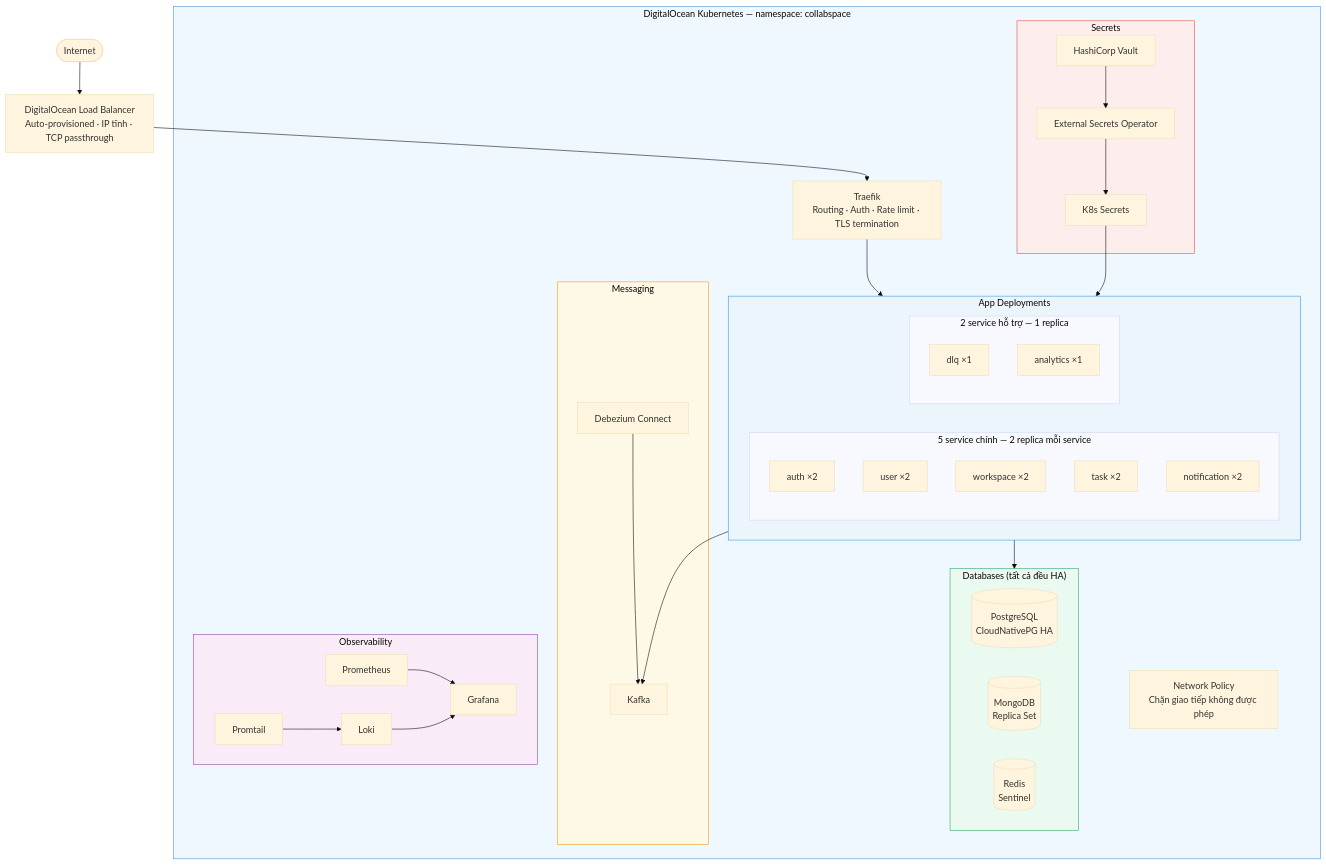
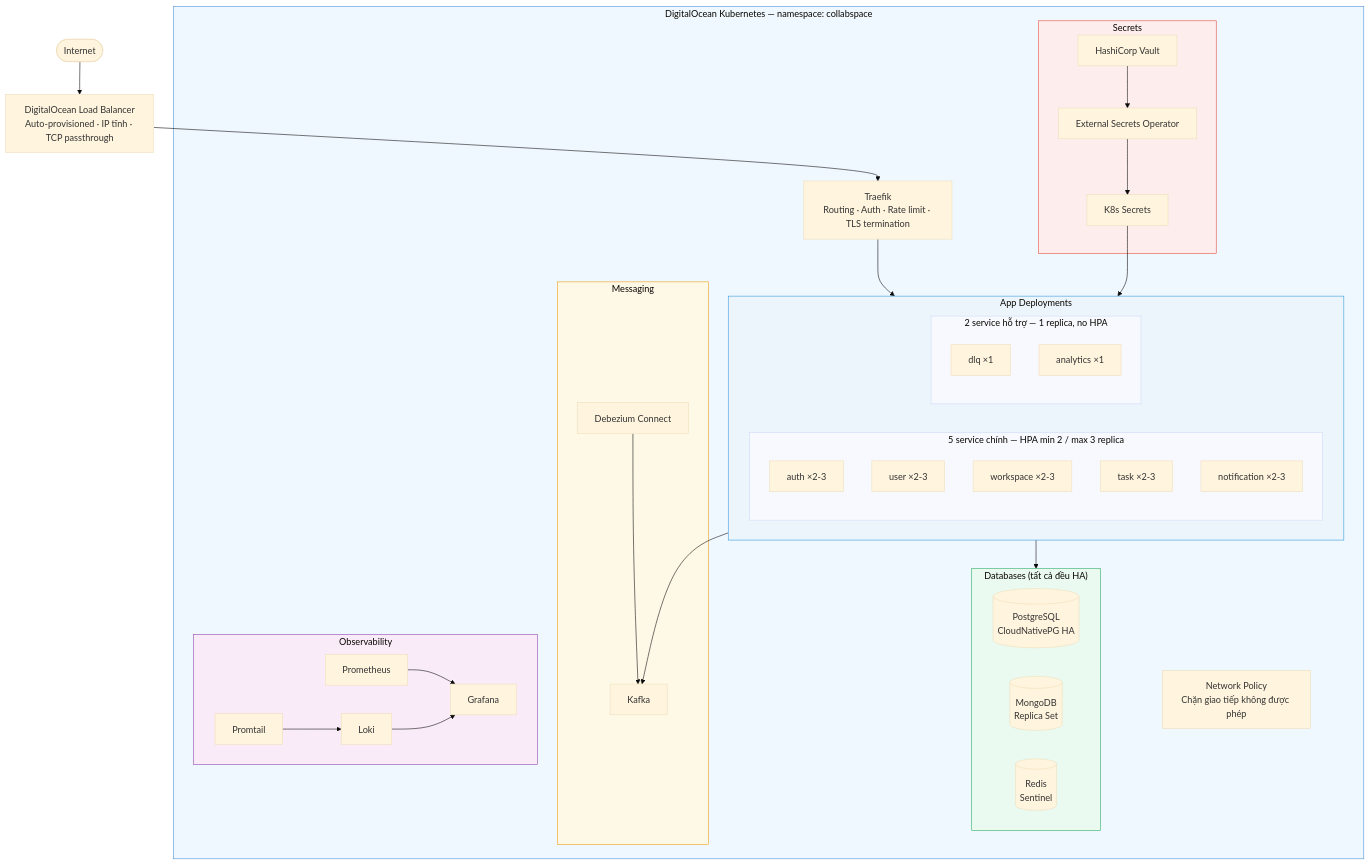
Diagram 15 of 43 in docs/presentation-outline.md (lengocanh2005it/collabspace), drawn with Mermaid (base theme) before and after one commit. The commit also changed other lines of this file, not shown here.

First line of the commit message:
docs(presentation): update Horizontal Scaling section to reflect HPA config

````diff
--- a/docs/presentation-outline.md
+++ b/docs/presentation-outline.md
@@ -677,61 +677,61 @@
 ```mermaid
 flowchart TD
     Internet([Internet]) --> DOLB
 
     DOLB[DigitalOcean Load Balancer\nAuto-provisioned · IP tĩnh · TCP passthrough]
 
     subgraph DOKS["DigitalOcean Kubernetes — namespace: collabspace"]
         Traefik[Traefik\nRouting · Auth · Rate limit · TLS termination]
 
         subgraph Apps["App Deployments"]
             direction LR
-            subgraph HA["5 service chính — 2 replica mỗi service"]
-                A1[auth ×2] & A2[user ×2] & A3[workspace ×2] & A4[task ×2] & A5[notification ×2]
+            subgraph HA["5 service chính — HPA min 2 / max 3 replica"]
+                A1[auth ×2-3] & A2[user ×2-3] & A3[workspace ×2-3] & A4[task ×2-3] & A5[notification ×2-3]
             end
-            subgraph Single["2 service hỗ trợ — 1 replica"]
+            subgraph Single["2 service hỗ trợ — 1 replica, no HPA"]
                 A6[dlq ×1] & A7[analytics ×1]
             end
         end
 
         subgraph DBs["Databases (tất cả đều HA)"]
             PG[(PostgreSQL\nCloudNativePG HA)]
             MDB[(MongoDB\nReplica Set)]
             RD[(Redis\nSentinel)]
         end
 
         subgraph Msg["Messaging"]
             KF[Kafka]
             DC[Debezium Connect]
         end
 
         subgraph Obs["Observability"]
             Prom[Prometheus]
             Graf[Grafana]
             Loki[Loki]
             PT[Promtail]
         end
 
         subgraph Sec["Secrets"]
             Vault[HashiCorp Vault]
             ESO[External Secrets Operator]
             KSec[K8s Secrets]
         end
 
         NP[Network Policy\nChặn giao tiếp không được phép]
     end
 
     DOLB --> Traefik
     Traefik --> Apps
     Apps --> DBs & KF
     DC --> KF
     PT --> Loki
     Prom & Loki --> Graf
     Vault --> ESO --> KSec --> Apps
 
     style DOKS fill:#f0f8ff,stroke:#4A90D9
     style Apps fill:#EBF5FB,stroke:#3498DB
     style DBs fill:#EAFAF1,stroke:#27AE60
     style Msg fill:#FEF9E7,stroke:#F39C12
     style Obs fill:#F9EBF8,stroke:#8E44AD
     style Sec fill:#FDEDEC,stroke:#E74C3C
 ```
````
